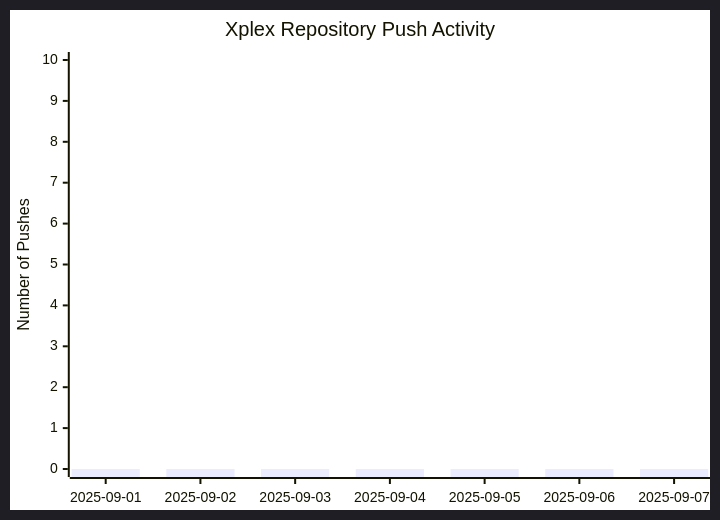
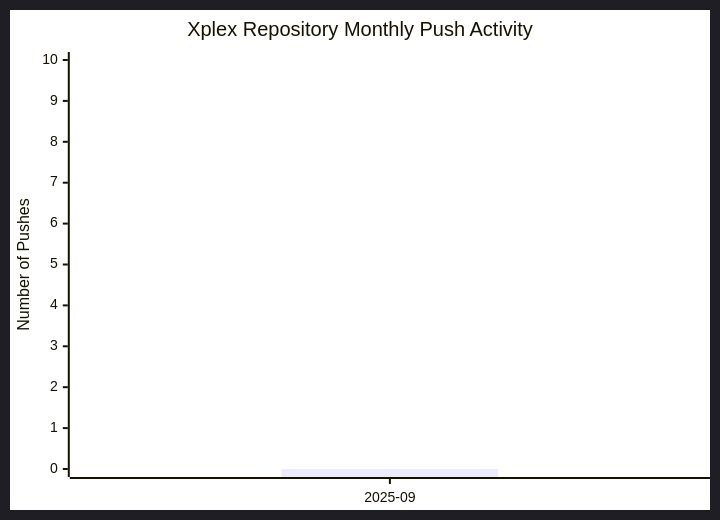
One commit to namakshenas/namakshenas changed the diagram in README.md. Above: the diagram before and after it, drawn with Mermaid. The commit also changed other lines of this file, not shown here.

Commit message:
Update xplex push history chart [skip ci]

````diff
--- a/README.md
+++ b/README.md
@@ -12,8 +13,8 @@
 ```mermaid
 %%{init: {'theme': 'dark', 'themeVariables': { 'xyChart': {'width': 900, 'height': 400}}}}%%
 xychart-beta
-    title "Xplex Repository Push Activity"
-    x-axis ["2025-09-01", "2025-09-02", "2025-09-03", "2025-09-04", "2025-09-05", "2025-09-06", "2025-09-07"]
+    title "Xplex Repository Monthly Push Activity"
+    x-axis ["2025-09"]
     y-axis "Number of Pushes" 0 --> 10
-    bar [0, 0, 0, 0, 0, 0, 0]
+    bar [0]
 ```
````
